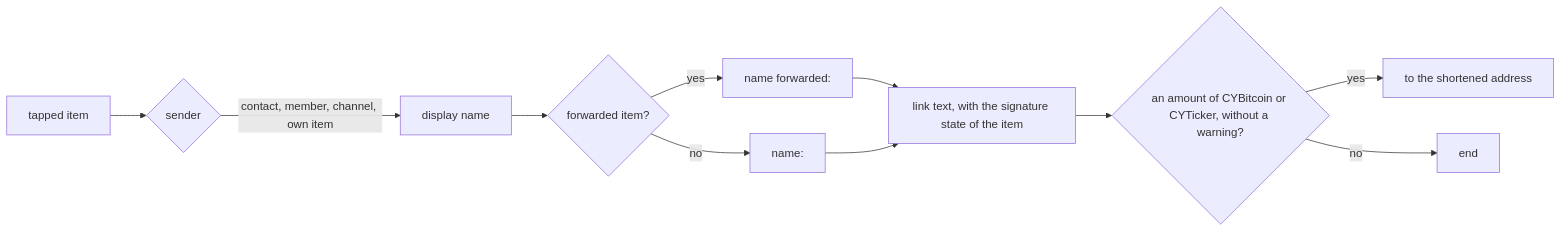
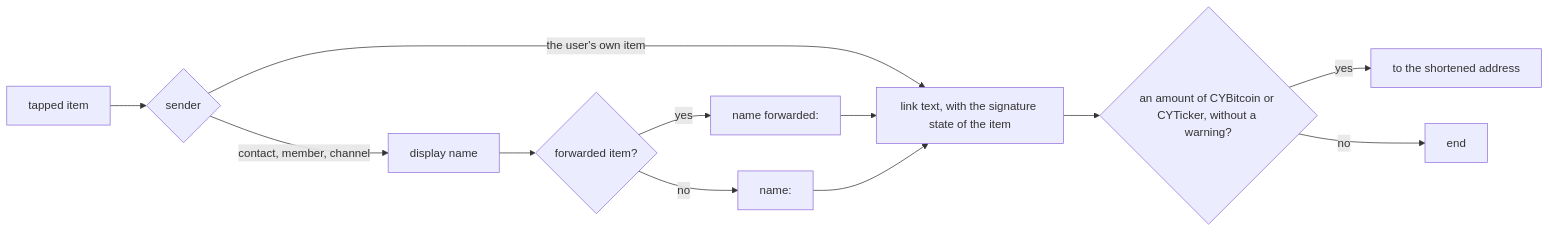
The sixth of 10 diagrams in plans/2026-11-22-payment-addresses.md (simplex-chat/simplex-chat), drawn with Mermaid before and after one commit. The commit also changed other lines of this file, not shown here.

````diff
--- a/plans/2026-11-22-payment-addresses.md
+++ b/plans/2026-11-22-payment-addresses.md
@@ -687,13 +687,14 @@
 ```mermaid
 flowchart LR
   I["tapped item"] --> N{"sender"}
-  N -->|"contact, member, channel, own item"| NM["display name"]
+  N -->|"contact, member, channel"| NM["display name"]
+  N -->|"the user's own item"| LT
   NM --> F{"forwarded item?"}
   F -->|yes| P1["name forwarded:"]
   F -->|no| P2["name:"]
   P1 --> LT["link text, with the signature state of the item"]
   P2 --> LT
   LT --> A{"an amount of CYBitcoin or CYTicker, without a warning?"}
   A -->|yes| TO["to the shortened address"]
   A -->|no| E["end"]
 ```
````
